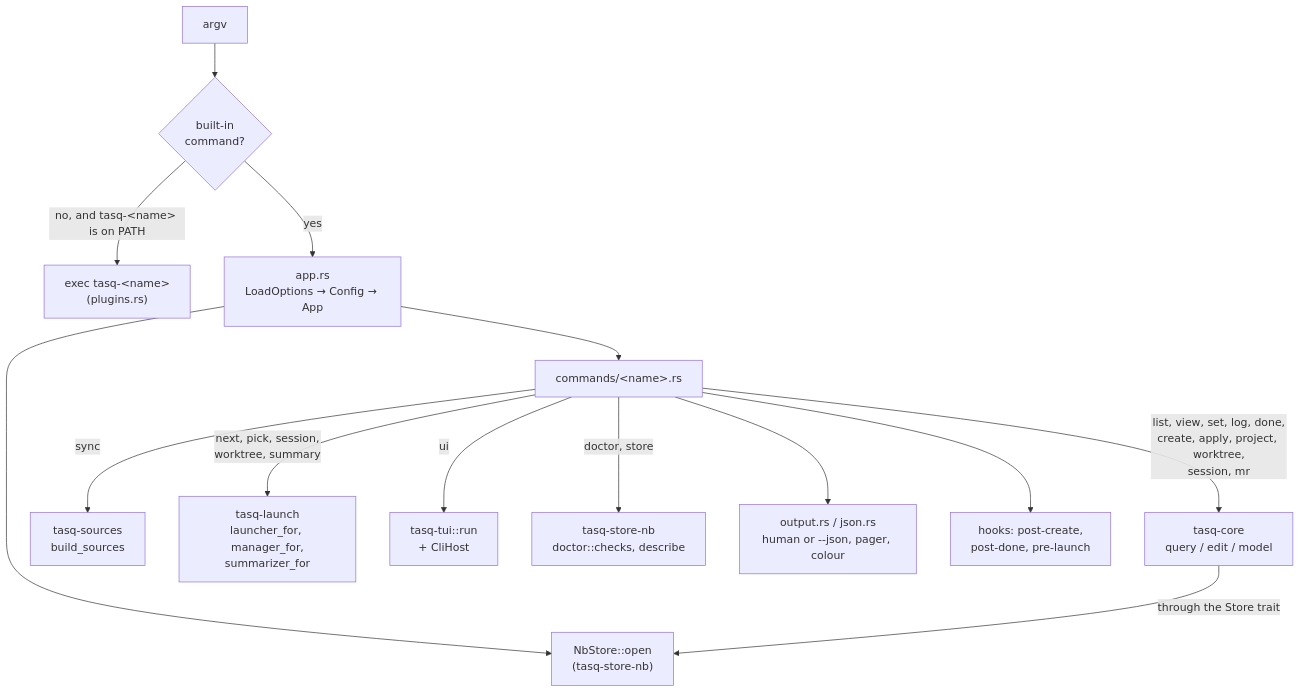
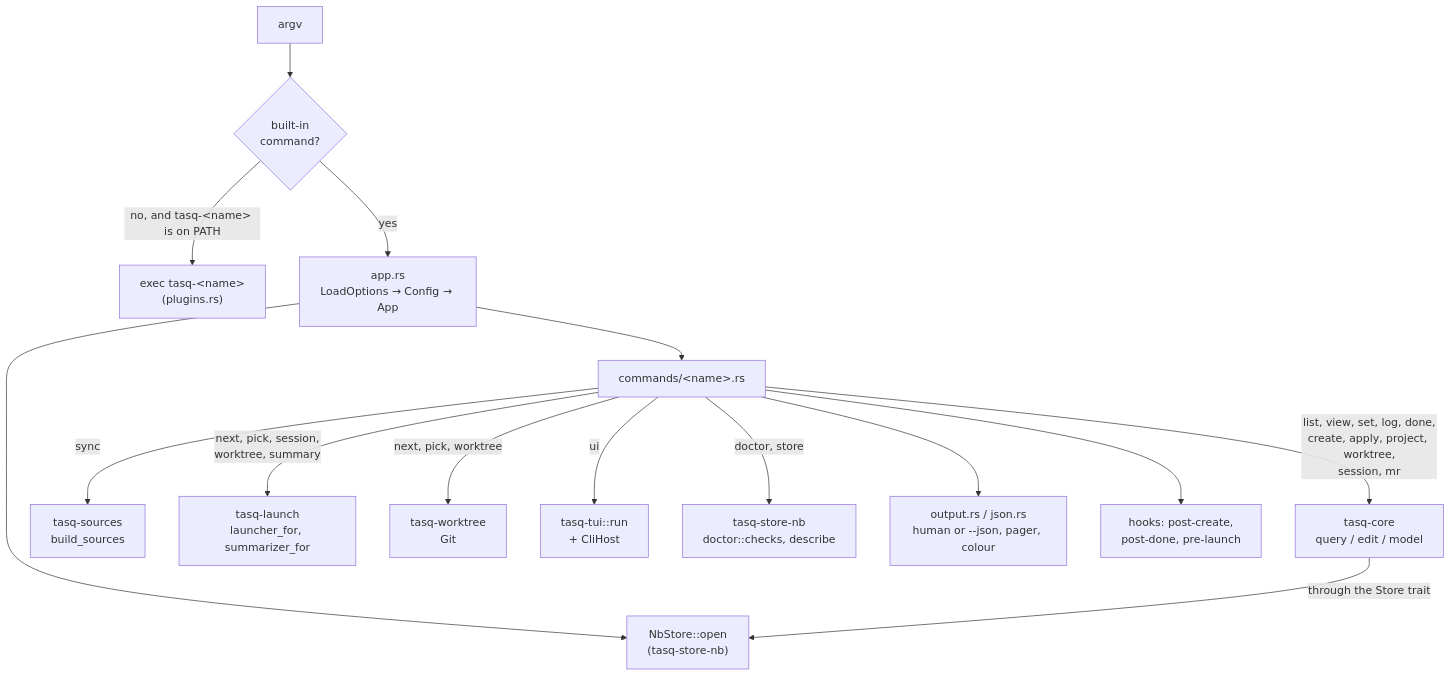
One commit to pauc/tasq changed the sixth of 7 diagrams in docs/architecture.md. Above: the diagram before and after it, drawn with Mermaid. The commit also changed other lines of this file and 22 other files, not shown here.

Commit message:
feat(cli): create declared worktrees at launch and with tasq worktree up

````diff
--- a/docs/architecture.md
+++ b/docs/architecture.md
@@ -288,16 +290,17 @@
 ```mermaid
 flowchart TB
     argv["argv"] --> dispatch{"built-in<br/>command?"}
     dispatch -->|"no, and tasq-&lt;name&gt; is on PATH"| plugin["exec tasq-&lt;name&gt;<br/>(plugins.rs)"]
     dispatch -->|"yes"| app["app.rs<br/>LoadOptions → Config → App"]
     app --> open["NbStore::open<br/>(tasq-store-nb)"]
     app --> cmd["commands/&lt;name&gt;.rs"]
     cmd -->|"list, view, set, log, done,<br/>create, apply, project, worktree,<br/>session, mr"| core["tasq-core<br/>query / edit / model"]
     cmd -->|"sync"| src["tasq-sources<br/>build_sources"]
-    cmd -->|"next, pick, session,<br/>worktree, summary"| lnch["tasq-launch<br/>launcher_for, manager_for,<br/>summarizer_for"]
+    cmd -->|"next, pick, session,<br/>worktree, summary"| lnch["tasq-launch<br/>launcher_for, summarizer_for"]
+    cmd -->|"next, pick, worktree"| wt["tasq-worktree<br/>Git"]
     cmd -->|"ui"| tui["tasq-tui::run<br/>+ CliHost"]
     cmd -->|"doctor, store"| store_doc["tasq-store-nb<br/>doctor::checks, describe"]
     core -->|"through the Store trait"| open
     cmd --> out["output.rs / json.rs<br/>human or --json, pager, colour"]
     cmd --> hooks["hooks: post-create,<br/>post-done, pre-launch"]
 ```
````
